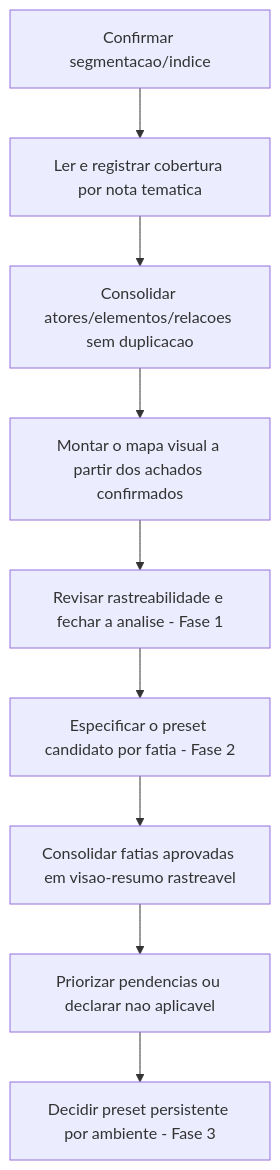
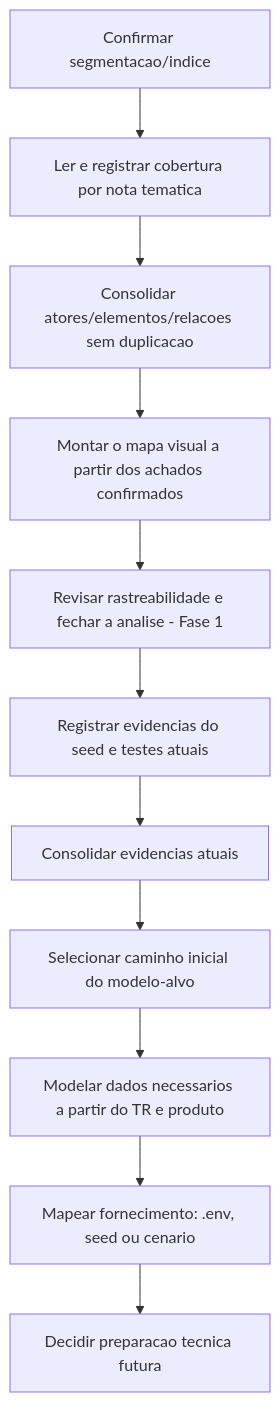
One commit to RafaCartaxo/brainwork changed the diagram in QA Workspace/02 Demandas/DEV/SGV-11262 - [QA-Automação] Termo de Referência SOGOV/Roadmap - Modelo de atores e preset do TR.md. Above: the diagram before and after it, drawn with Mermaid. The commit also changed other lines of this file and 3 other files, not shown here.

````diff
--- a/QA Workspace/02 Demandas/DEV/SGV-11262 - [QA-Automação] Termo de Referência SOGOV/Roadmap - Modelo de atores e preset do TR.md
+++ b/QA Workspace/02 Demandas/DEV/SGV-11262 - [QA-Automação] Termo de Referência SOGOV/Roadmap - Modelo de atores e preset do TR.md
@@ -49,11 +52,13 @@
 ```mermaid
 flowchart TD
     A[Confirmar segmentacao/indice] --> B[Ler e registrar cobertura por nota tematica]
     B --> C[Consolidar atores/elementos/relacoes sem duplicacao]
     C --> D[Montar o mapa visual a partir dos achados confirmados]
     D --> E[Revisar rastreabilidade e fechar a analise - Fase 1]
-    E --> F[Especificar o preset candidato por fatia - Fase 2]
-    F --> G[Consolidar fatias aprovadas em visao-resumo rastreavel]
-    G --> H[Priorizar pendencias ou declarar nao aplicavel]
-    H --> I[Decidir preset persistente por ambiente - Fase 3]
+    E --> F[Registrar evidencias do seed e testes atuais]
+    F --> G[Consolidar evidencias atuais]
+    G --> H[Selecionar caminho inicial do modelo-alvo]
+    H --> I[Modelar dados necessarios a partir do TR e produto]
+    I --> J[Mapear fornecimento: .env, seed ou cenario]
+    J --> K[Decidir preparacao tecnica futura]
 ```
````
